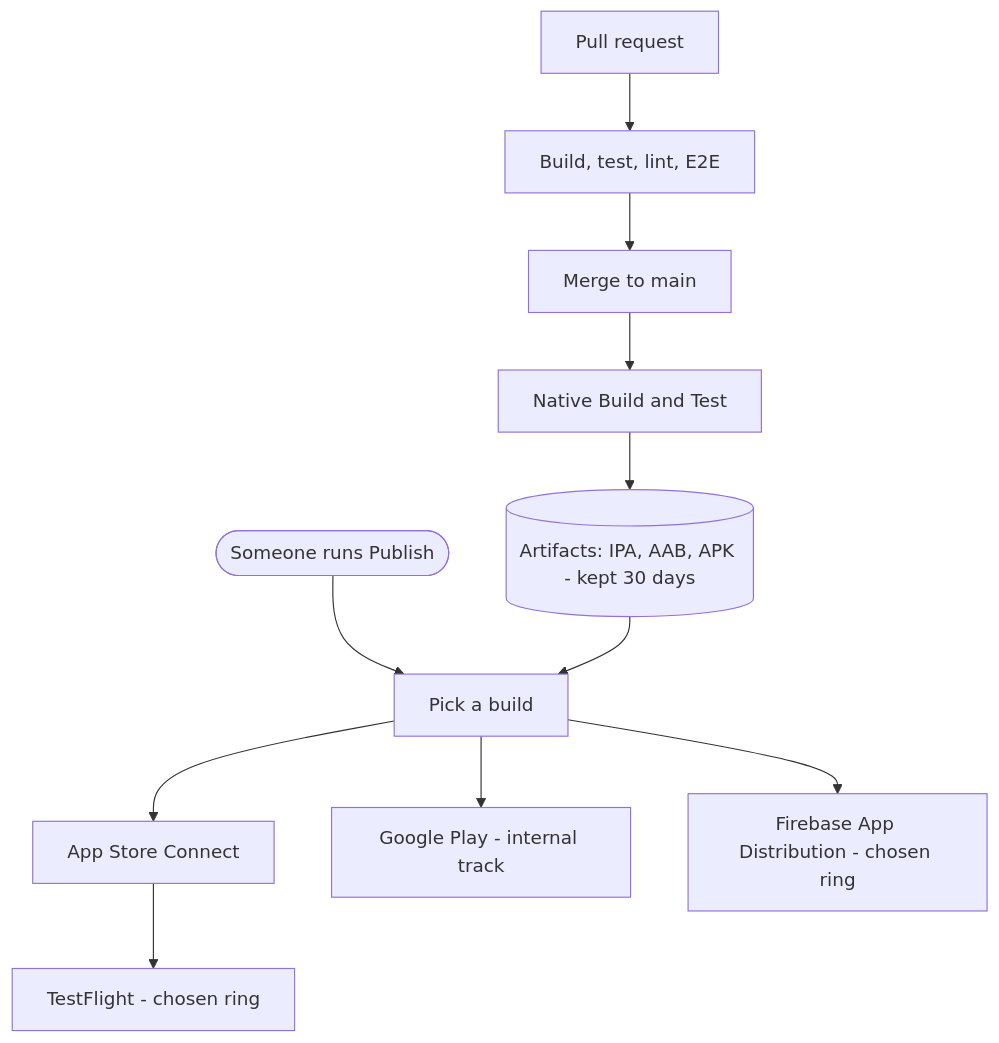
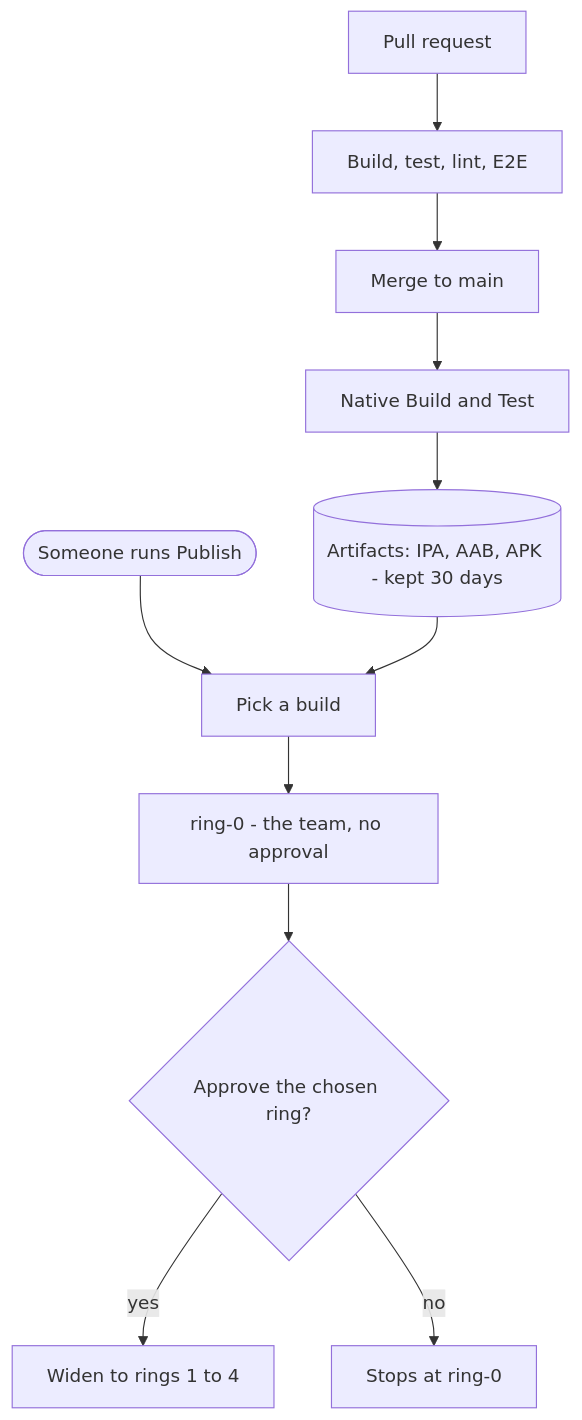
One commit to bcgov/bc-wallet-mobile changed the diagram in docs/ci-cd.md. Above: the diagram before and after it, drawn with Mermaid. The commit also changed other lines of this file and 8 other files, not shown here.

First line of the commit message:
feat: publish cumulatively through the rings with one approval

````diff
--- a/docs/ci-cd.md
+++ b/docs/ci-cd.md
@@ -9,14 +9,14 @@
 ```mermaid
 flowchart TD
     PR[Pull request] --> Q[Build, test, lint, E2E]
     Q --> M[Merge to main]
     M --> B[Native Build and Test]
     B --> A[(Artifacts: IPA, AAB, APK - kept 30 days)]
 
     H([Someone runs Publish]) --> R[Pick a build]
     A --> R
-    R --> ASC[App Store Connect]
-    R --> GP[Google Play - internal track]
-    R --> FB[Firebase App Distribution - chosen ring]
-    ASC --> TF[TestFlight - chosen ring]
+    R --> R0[ring-0 - the team, no approval]
+    R0 --> AP{Approve the chosen ring?}
+    AP -->|yes| W[Widen to rings 1 to 4]
+    AP -->|no| S[Stops at ring-0]
 ```
````
